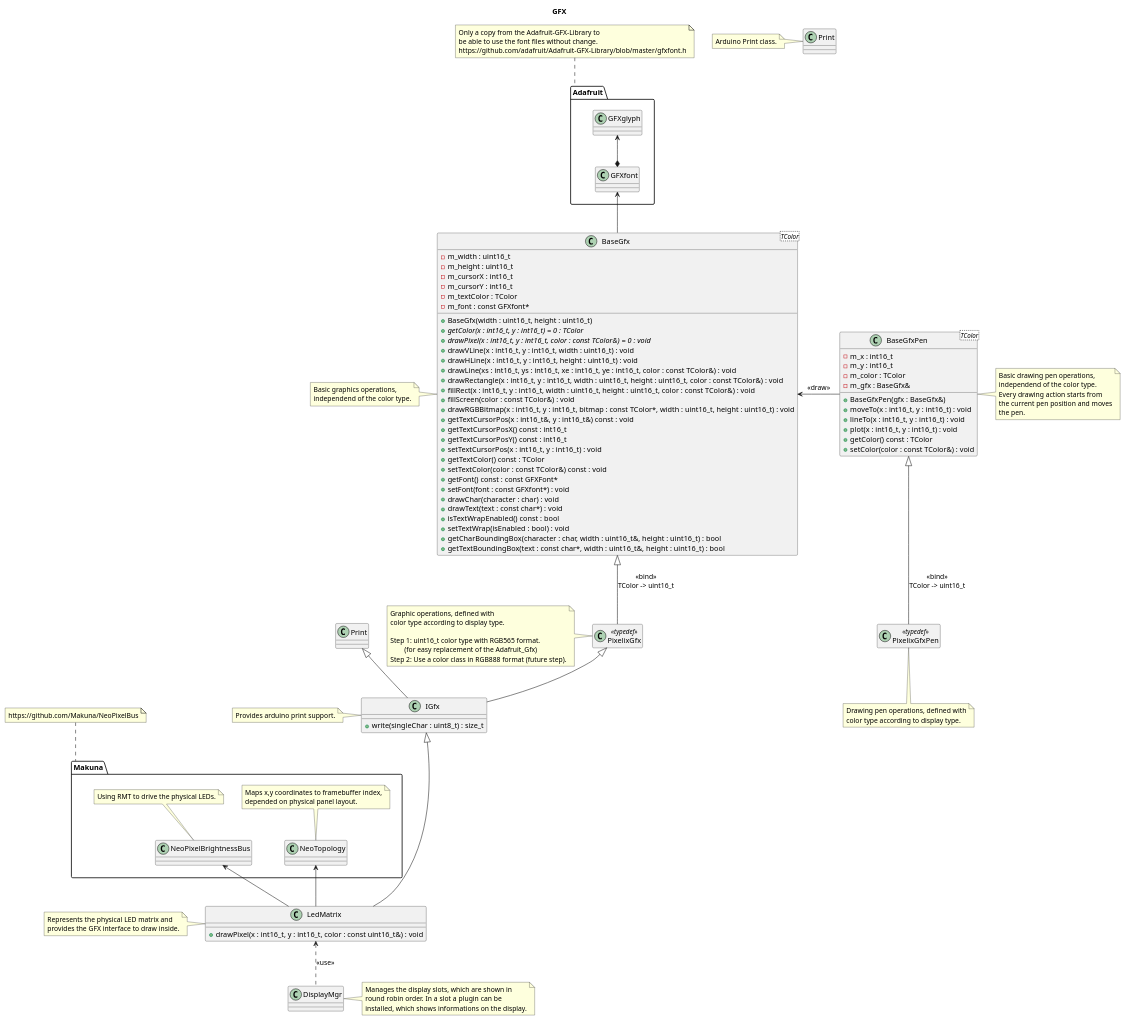
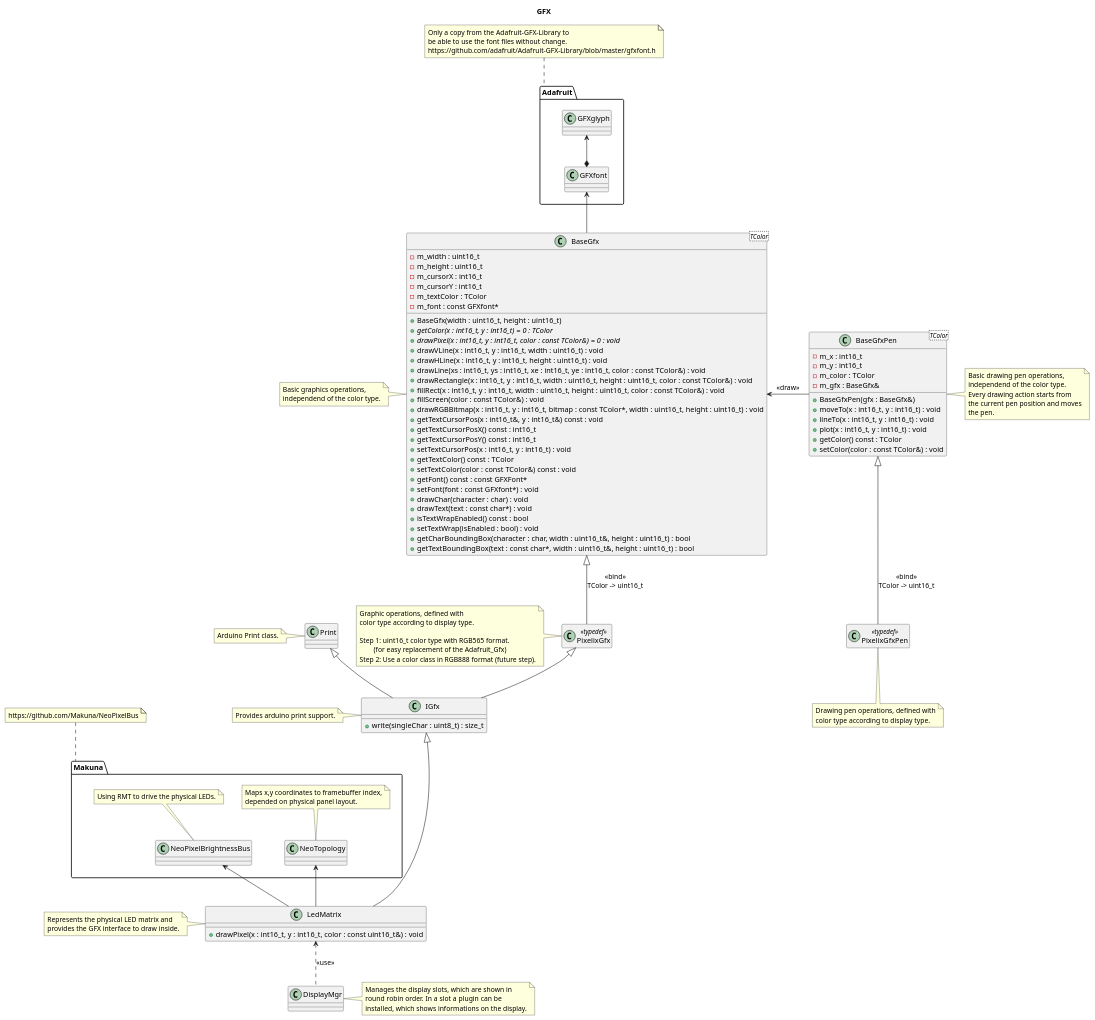
The diagram in doc/design/gfx.plantuml (BlueAndi/Pixelix), drawn with PlantUML before and after one commit.

Commit message:
Small fix in Gfx design.

```diff
--- a/doc/design/gfx.plantuml
+++ b/doc/design/gfx.plantuml
@@ -1,165 +1,165 @@
 @startuml
 
 title GFX
 
 package "Makuna" {
     class "NeoPixelBrightnessBus" as neoPixelBrightnessBus
 
     note top of neoPixelBrightnessBus
         Using RMT to drive the physical LEDs.
     end note
 
     class "NeoTopology" as neoTopology
 
     note top of neoTopology
         Maps x,y coordinates to framebuffer index,
         depended on physical panel layout.
     end note
 }
 
 note top of Makuna
     https://github.com/Makuna/NeoPixelBus
 end note
 
 package "Adafruit" {
 
     class "GFXglyph" as gfxGlyph
     class "GFXfont" as gfxFont
 
     gfxGlyph <--* gfxFont
 }
 
 note top of Adafruit
     Only a copy from the Adafruit-GFX-Library to
     be able to use the font files without change.
     https://github.com/adafruit/Adafruit-GFX-Library/blob/master/gfxfont.h
 end note
 
 class "BaseGfx<TColor>" as baseGfx {
     - m_width : uint16_t
     - m_height : uint16_t
     - m_cursorX : int16_t
     - m_cursorY : int16_t
     - m_textColor : TColor
     - m_font : const GFXfont*
     + BaseGfx(width : uint16_t, height : uint16_t)
     + {abstract} getColor(x : int16_t, y : int16_t) = 0 : TColor
     + {abstract} drawPixel(x : int16_t, y : int16_t, color : const TColor&) = 0 : void
     + drawVLine(x : int16_t, y : int16_t, width : uint16_t) : void
     + drawHLine(x : int16_t, y : int16_t, height : uint16_t) : void
     + drawLine(xs : int16_t, ys : int16_t, xe : int16_t, ye : int16_t, color : const TColor&) : void
     + drawRectangle(x : int16_t, y : int16_t, width : uint16_t, height : uint16_t, color : const TColor&) : void
     + fillRect(x : int16_t, y : int16_t, width : uint16_t, height : uint16_t, color : const TColor&) : void
     + fillScreen(color : const TColor&) : void
     + drawRGBBitmap(x : int16_t, y : int16_t, bitmap : const TColor*, width : uint16_t, height : uint16_t) : void
     + getTextCursorPos(x : int16_t&, y : int16_t&) const : void
     + getTextCursorPosX() const : int16_t
     + getTextCursorPosY() const : int16_t
     + setTextCursorPos(x : int16_t, y : int16_t) : void
     + getTextColor() const : TColor
     + setTextColor(color : const TColor&) const : void
     + getFont() const : const GFXFont*
     + setFont(font : const GFXfont*) : void
     + drawChar(character : char) : void
     + drawText(text : const char*) : void
     + isTextWrapEnabled() const : bool
     + setTextWrap(isEnabled : bool) : void
     + getCharBoundingBox(character : char, width : uint16_t&, height : uint16_t) : bool
     + getTextBoundingBox(text : const char*, width : uint16_t&, height : uint16_t) : bool
 }
 
 note left of baseGfx
     Basic graphics operations,
     independend of the color type.
 end note
 
 gfxFont <-- baseGfx
 
 class "BaseGfxPen<TColor>" as baseGfxPen {
     - m_x : int16_t
     - m_y : int16_t
     - m_color : TColor
     - m_gfx : BaseGfx&
     + BaseGfxPen(gfx : BaseGfx&)
     + moveTo(x : int16_t, y : int16_t) : void
     + lineTo(x : int16_t, y : int16_t) : void
     + plot(x : int16_t, y : int16_t) : void
     + getColor() const : TColor
     + setColor(color : const TColor&) : void
 }
 
 note right of baseGfxPen
     Basic drawing pen operations,
     independend of the color type.
     Every drawing action starts from
     the current pen position and moves
     the pen.
 end note
 
 baseGfx <- baseGfxPen: <<draw>>
 
 class PixelixGfx <<typedef>>
 hide PixelixGfx members
 
 note left of PixelixGfx
     Graphic operations, defined with
     color type according to display type.
 
     Step 1: uint16_t color type with RGB565 format.
             (for easy replacement of the Adafruit_Gfx)
     Step 2: Use a color class in RGB888 format (future step).
 end note
 
 baseGfx <|-- PixelixGfx: <<bind>>\nTColor -> uint16_t
 
 class PixelixGfxPen <<typedef>>
 hide PixelixGfxPen members
 
 note bottom of PixelixGfxPen
     Drawing pen operations, defined with
     color type according to display type.
 end note
 
 baseGfxPen <|-- PixelixGfxPen: <<bind>>\nTColor -> uint16_t
 
 class "Print" as print
 
 note left of print
     Arduino Print class.
 end note
 
 class "IGfx" as igfx {
     + write(singleChar : uint8_t) : size_t
 }
 
 note left of igfx
     Provides arduino print support.
 end note
 
 PixelixGfx <|-- igfx
-Print <|-- igfx
+print <|-- igfx
 
 class "LedMatrix" as ledMatrix {
     + drawPixel(x : int16_t, y : int16_t, color : const uint16_t&) : void
 }
 
 note left of ledMatrix
     Represents the physical LED matrix and
     provides the GFX interface to draw inside.
 end note
 
 igfx <|---- ledMatrix
 neoPixelBrightnessBus <-- ledMatrix
 neoTopology <-- ledMatrix
 
 class "DisplayMgr" as displayMgr
 
 note right of displayMgr
     Manages the display slots, which are shown in
     round robin order. In a slot a plugin can be
     installed, which shows informations on the display.
 end note
 
 ledMatrix <.. displayMgr: <<use>>
 
 @enduml
```
